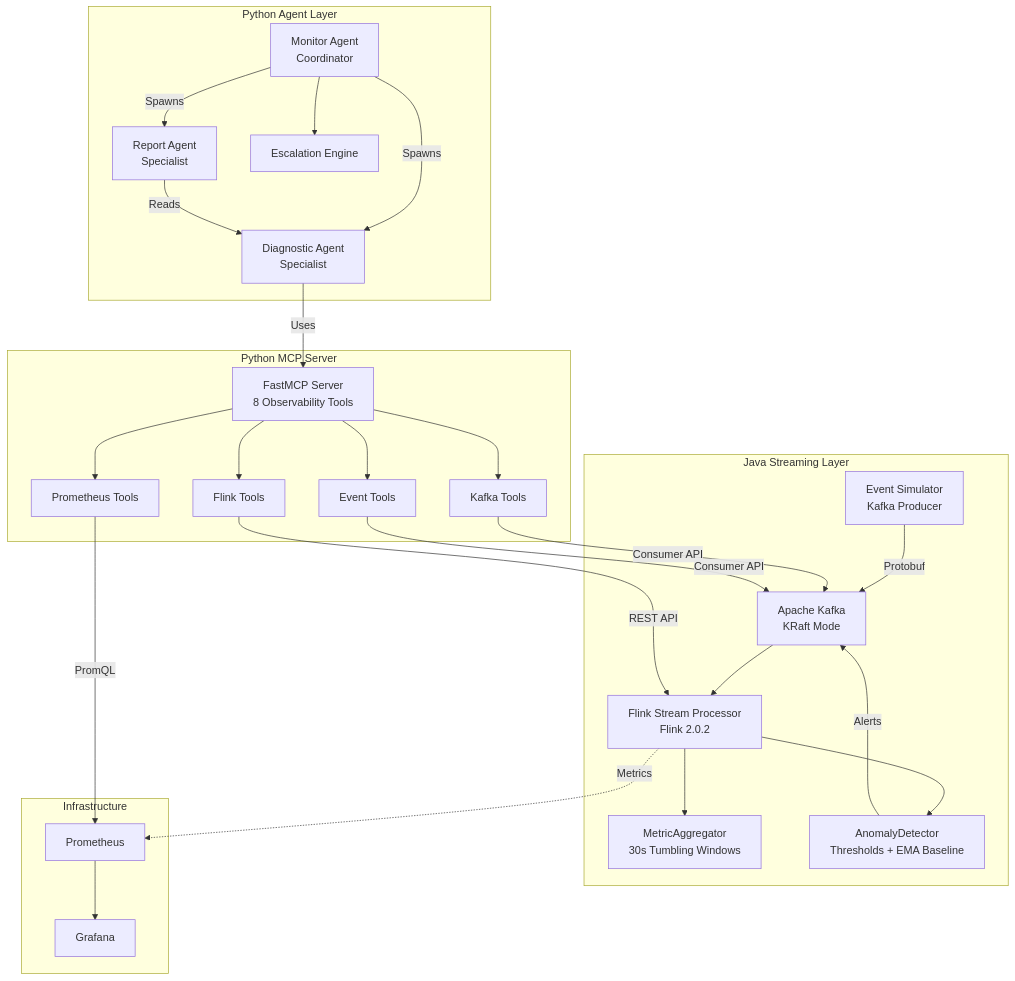
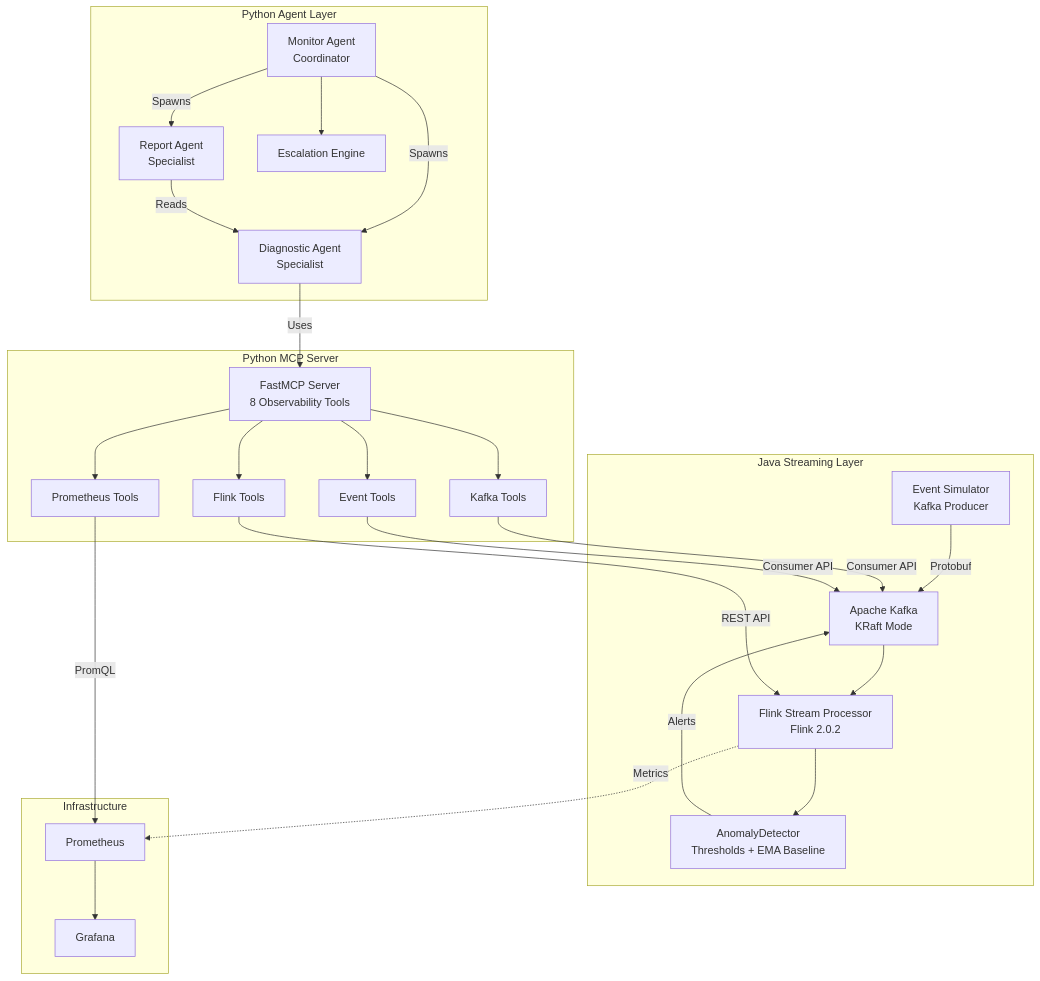
Before and after one commit to atomicdragonranch/streamops-agent: the first of 7 diagrams in README.md, drawn with Mermaid. The commit also changed other lines of this file, not shown here.

First line of the commit message:
docs: remove deleted MetricAggregator from README diagrams (#79)

````diff
--- a/README.md
+++ b/README.md
@@ -24,50 +24,48 @@
 ```mermaid
 graph TB
     subgraph "Java Streaming Layer"
         ES[Event Simulator<br/>Kafka Producer]
         K[Apache Kafka<br/>KRaft Mode]
         FP[Flink Stream Processor<br/>Flink 2.0.2]
-        MA[MetricAggregator<br/>30s Tumbling Windows]
         AD[AnomalyDetector<br/>Thresholds + EMA Baseline]
     end
 
     subgraph "Python MCP Server"
         MCP[FastMCP Server<br/>8 Observability Tools]
         FT[Flink Tools]
         KT[Kafka Tools]
         PT[Prometheus Tools]
         ET[Event Tools]
     end
 
     subgraph "Python Agent Layer"
         MON[Monitor Agent<br/>Coordinator]
         DIAG[Diagnostic Agent<br/>Specialist]
         REP[Report Agent<br/>Specialist]
         ESC[Escalation Engine]
     end
 
     subgraph "Infrastructure"
         PROM[Prometheus]
         GRAF[Grafana]
     end
 
     ES -->|Protobuf| K
     K --> FP
-    FP --> MA
     FP --> AD
     AD -->|Alerts| K
     FP -.->|Metrics| PROM
     PROM --> GRAF
 
     MCP --> FT & KT & PT & ET
     FT -->|REST API| FP
     KT -->|Consumer API| K
     PT -->|PromQL| PROM
     ET -->|Consumer API| K
 
     MON -->|Spawns| DIAG
     MON -->|Spawns| REP
     DIAG -->|Uses| MCP
     REP -->|Reads| DIAG
     MON --> ESC
 ```
````
